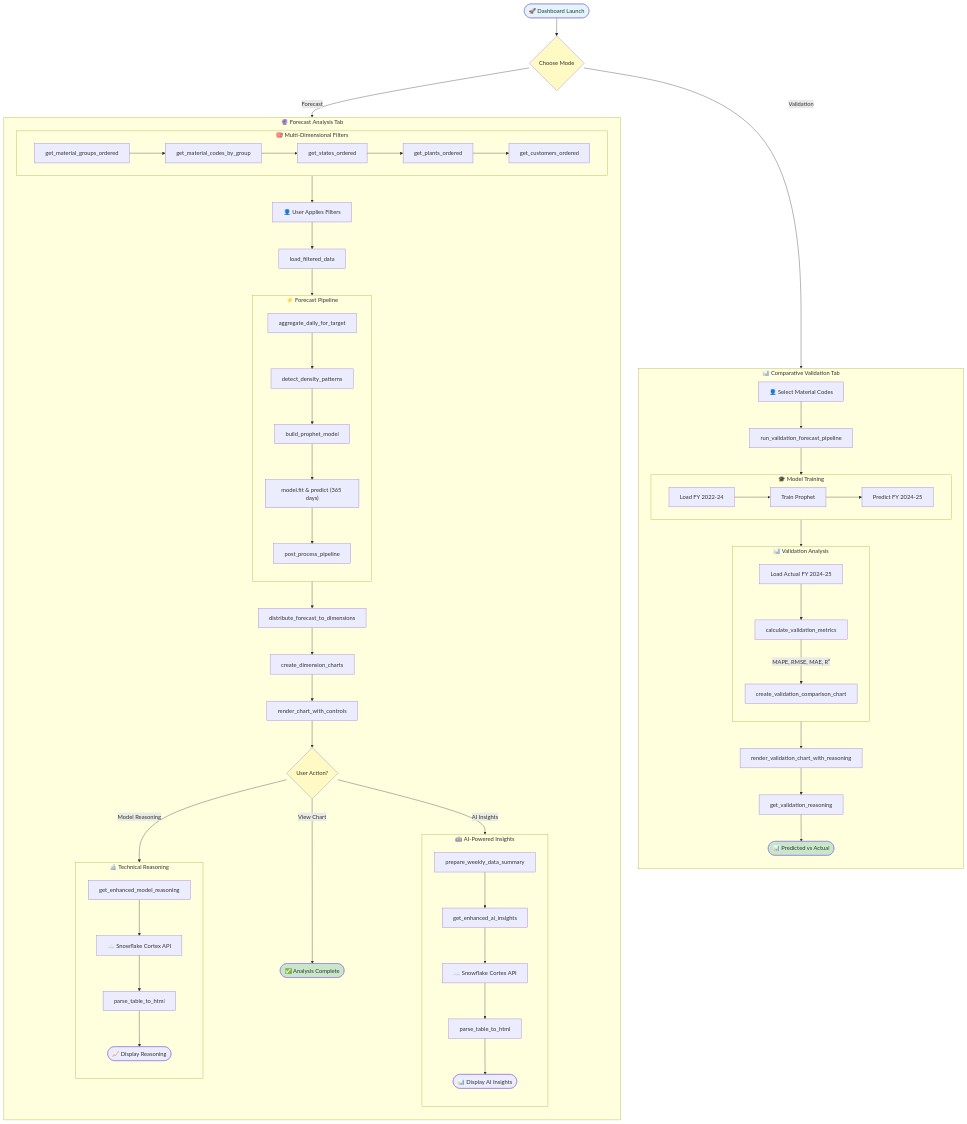
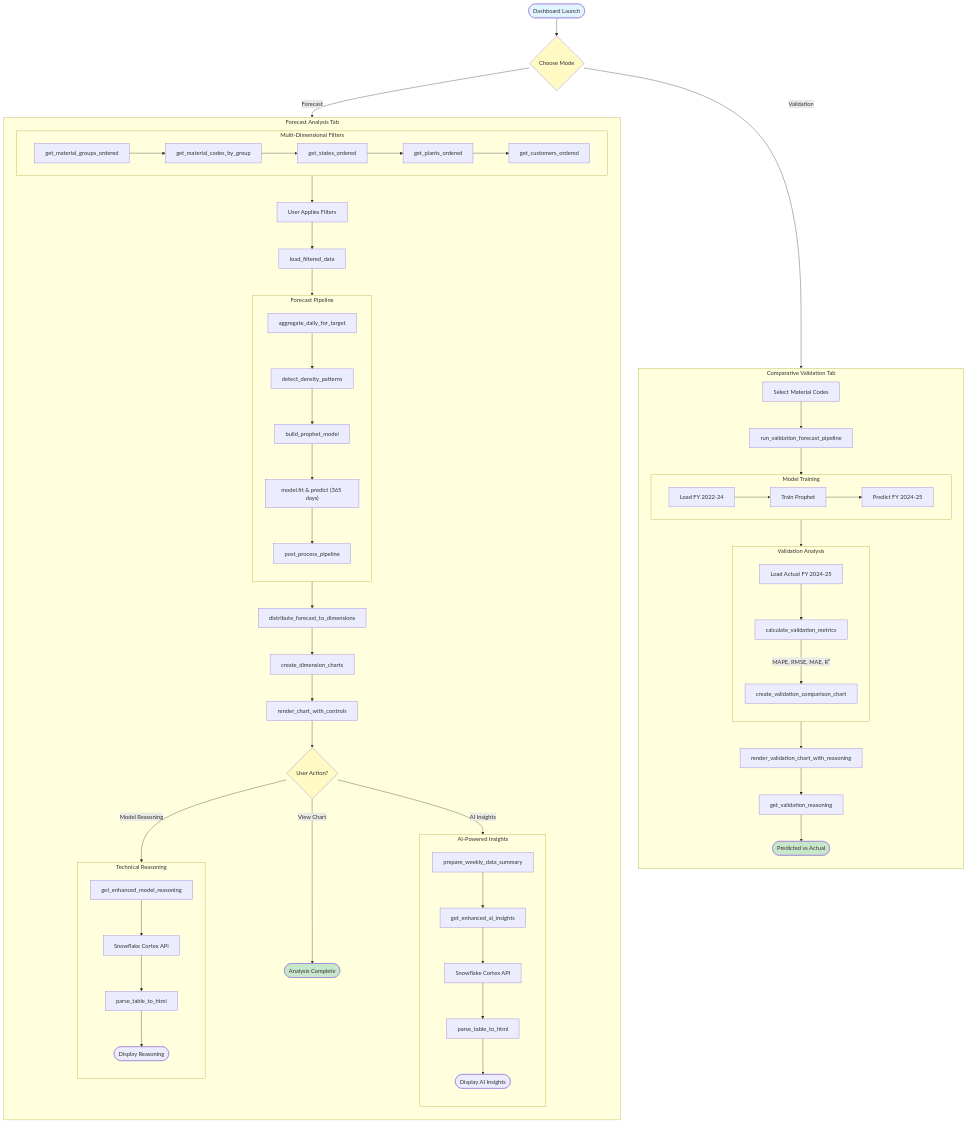
Before and after one commit to Tejas-kasmo/Supreme: the second of 4 diagrams in README.md, drawn with Mermaid. The commit also changed other lines of this file, not shown here.

````diff
--- a/README.md
+++ b/README.md
@@ -200,11 +200,11 @@
 ```mermaid
 flowchart TD
-    Start([🚀 Dashboard Launch]) --> TabSelect{Choose Mode}
+    Start([Dashboard Launch]) --> TabSelect{Choose Mode}
     
-    subgraph ForecastMode["🔮 Forecast Analysis Tab"]
+    subgraph ForecastMode["Forecast Analysis Tab"]
         direction TB
         
-        subgraph Filters["🎯 Multi-Dimensional Filters"]
+        subgraph Filters["Multi-Dimensional Filters"]
             direction LR
             GetMG[get_material_groups_ordered]-->GetMC[get_material_codes_by_group]
             GetMC-->GetStates[get_states_ordered]
@@ -212,9 +212,9 @@
             GetPlants-->GetCust[get_customers_ordered]
         end
         
-        UserFilter[👤 User Applies Filters]-->LoadData[load_filtered_data]
+        UserFilter[User Applies Filters]-->LoadData[load_filtered_data]
         
-        subgraph Pipeline["⚡ Forecast Pipeline"]
+        subgraph Pipeline["Forecast Pipeline"]
             direction TB
             AggDaily[aggregate_daily_for_target]-->DetectPatterns[detect_density_patterns]
             DetectPatterns-->BuildModel[build_prophet_model]
@@ -227,34 +227,34 @@
         DistributeDim-->CreateCharts[create_dimension_charts]
         CreateCharts-->RenderChart[render_chart_with_controls]
         
-        subgraph AIInsights["🤖 AI-Powered Insights"]
+        subgraph AIInsights["AI-Powered Insights"]
             direction TB
             PrepWeekly[prepare_weekly_data_summary]-->GetAI[get_enhanced_ai_insights]
-            GetAI-->CortexAPI[☁️ Snowflake Cortex API]
+            GetAI-->CortexAPI[Snowflake Cortex API]
             CortexAPI-->ParseTable[parse_table_to_html]
-            ParseTable-->ShowAI([📊 Display AI Insights])
+            ParseTable-->ShowAI([Display AI Insights])
         end
         
-        subgraph ModelReason["🔬 Technical Reasoning"]
+        subgraph ModelReason["Technical Reasoning"]
             direction TB
-            GetReason[get_enhanced_model_reasoning]-->CortexAPI2[☁️ Snowflake Cortex API]
+            GetReason[get_enhanced_model_reasoning]-->CortexAPI2[Snowflake Cortex API]
             CortexAPI2-->ParseReason[parse_table_to_html]
-            ParseReason-->ShowReason([📈 Display Reasoning])
+            ParseReason-->ShowReason([Display Reasoning])
         end
         
         RenderChart-->UserAction{User Action?}
         UserAction-->|"AI Insights"| AIInsights
         UserAction-->|"Model Reasoning"| ModelReason
-        UserAction-->|"View Chart"| Done1([✅ Analysis Complete])
+        UserAction-->|"View Chart"| Done1([Analysis Complete])
         
         Filters-->UserFilter
     end
     
-    subgraph ValidationMode["📊 Comparative Validation Tab"]
+    subgraph ValidationMode["Comparative Validation Tab"]
         direction TB
-        SelectMat[👤 Select Material Codes]-->RunVal[run_validation_forecast_pipeline]
+        SelectMat[Select Material Codes]-->RunVal[run_validation_forecast_pipeline]
         
-        subgraph Training["🎓 Model Training"]
+        subgraph Training["Model Training"]
             direction LR
             LoadHist[Load FY 2022-24]-->TrainModel[Train Prophet]
             TrainModel-->PredictFY[Predict FY 2024-25]
@@ -262,7 +262,7 @@
         
         RunVal-->Training
         
-        subgraph Comparison["📊 Validation Analysis"]
+        subgraph Comparison["Validation Analysis"]
             direction TB
             LoadActual[Load Actual FY 2024-25]-->CalcMetrics[calculate_validation_metrics]
             CalcMetrics-->|"MAPE, RMSE, MAE, R²"| CreateChart[create_validation_comparison_chart]
@@ -271,7 +271,7 @@
         Training-->Comparison
         Comparison-->RenderVal[render_validation_chart_with_reasoning]
         RenderVal-->GetValReason[get_validation_reasoning]
-        GetValReason-->ShowVal([📊 Predicted vs Actual])
+        GetValReason-->ShowVal([Predicted vs Actual])
     end
     
     TabSelect-->|"Forecast"| ForecastMode
````
